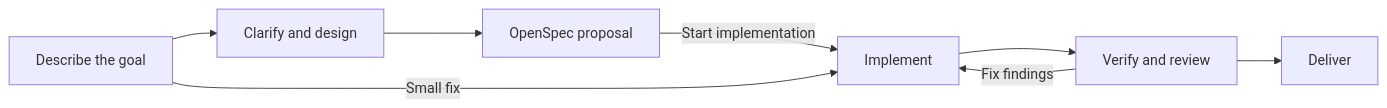
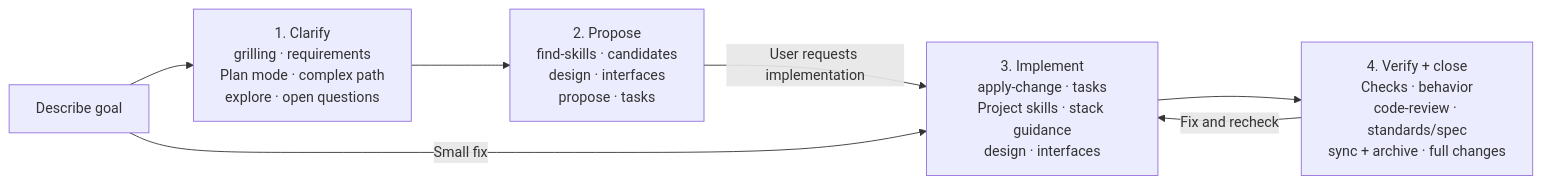
One commit to shuaibilx/AI-workflow-coding changed the diagram in README.md. Above: the diagram before and after it, drawn with Mermaid. The commit also changed other lines of this file and 2 other files, not shown here.

Commit message:
docs: map skills to workflow stages

````diff
--- a/README.md
+++ b/README.md
@@ -33,10 +33,9 @@
 ```mermaid
 flowchart LR
-    A[Describe the goal] --> B[Clarify and design]
-    B --> C[OpenSpec proposal]
-    C -->|Start implementation| D[Implement]
-    D --> E[Verify and review]
-    E --> F[Deliver]
+    A[Describe goal] --> B["1. Clarify<br/>grilling · requirements<br/>Plan mode · complex path<br/>explore · open questions"]
+    B --> C["2. Propose<br/>find-skills · candidates<br/>design · interfaces<br/>propose · tasks"]
+    C -->|User requests implementation| D["3. Implement<br/>apply-change · tasks<br/>Project skills · stack guidance<br/>design · interfaces"]
+    D --> E["4. Verify + close<br/>Checks · behavior<br/>code-review · standards/spec<br/>sync + archive · full changes"]
     A -->|Small fix| D
-    E -->|Fix findings| D
+    E -->|Fix and recheck| D
 ```
````
